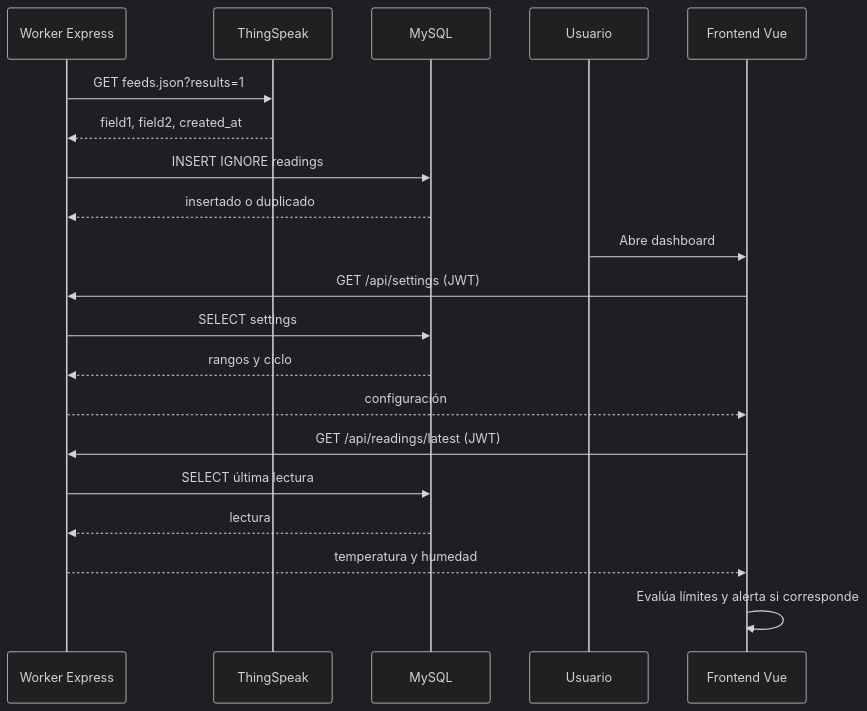
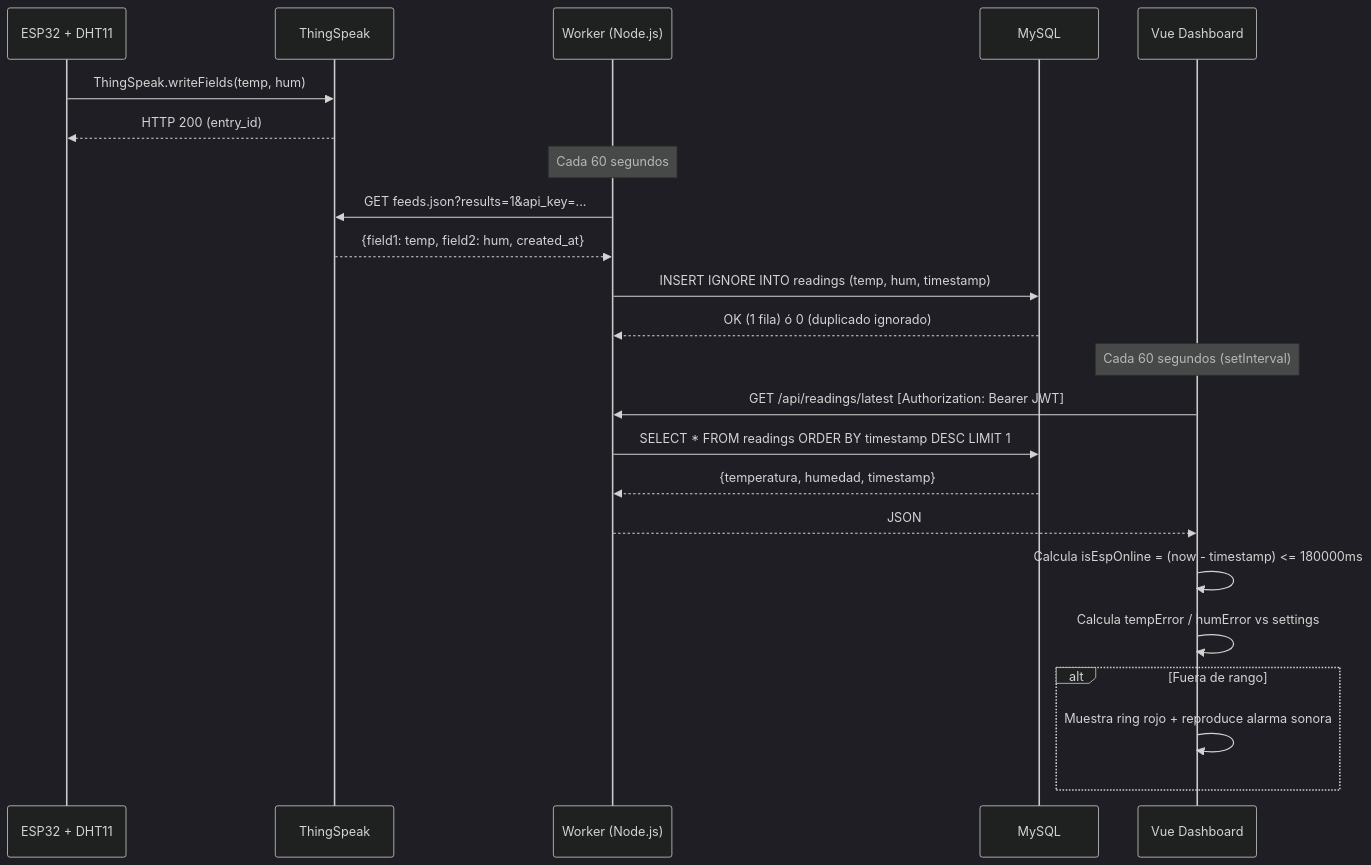
One commit to nazarenonicole15-netizen/ENCUBADORA-DE-HUEVO-ARDUINO changed the third of 5 diagrams in docs/UML.md. Above: the diagram before and after it, drawn with Mermaid (dark theme). The commit also changed other lines of this file and 5 other files, not shown here.

````diff
--- a/docs/UML.md
+++ b/docs/UML.md
@@ -72,22 +124,28 @@
 ```mermaid
 sequenceDiagram
-  participant W as Worker Express
-  participant T as ThingSpeak
-  participant D as MySQL
-  participant U as Usuario
-  participant F as Frontend Vue
-  W->>T: GET feeds.json?results=1
-  T-->>W: field1, field2, created_at
-  W->>D: INSERT IGNORE readings
-  D-->>W: insertado o duplicado
-  U->>F: Abre dashboard
-  F->>W: GET /api/settings (JWT)
-  W->>D: SELECT settings
-  D-->>W: rangos y ciclo
-  W-->>F: configuración
-  F->>W: GET /api/readings/latest (JWT)
-  W->>D: SELECT última lectura
-  D-->>W: lectura
-  W-->>F: temperatura y humedad
-  F->>F: Evalúa límites y alerta si corresponde
+  participant ESP as ESP32 + DHT11
+  participant TS as ThingSpeak
+  participant W as Worker (Node.js)
+  participant DB as MySQL
+  participant FE as Vue Dashboard
+
+  ESP->>TS: ThingSpeak.writeFields(temp, hum)
+  TS-->>ESP: HTTP 200 (entry_id)
+
+  Note over W: Cada 60 segundos
+  W->>TS: GET feeds.json?results=1&api_key=...
+  TS-->>W: {field1: temp, field2: hum, created_at}
+  W->>DB: INSERT IGNORE INTO readings (temp, hum, timestamp)
+  DB-->>W: OK (1 fila) ó 0 (duplicado ignorado)
+
+  Note over FE: Cada 60 segundos (setInterval)
+  FE->>W: GET /api/readings/latest  [Authorization: Bearer JWT]
+  W->>DB: SELECT * FROM readings ORDER BY timestamp DESC LIMIT 1
+  DB-->>W: {temperatura, humedad, timestamp}
+  W-->>FE: JSON
+  FE->>FE: Calcula isEspOnline = (now - timestamp) <= 180000ms
+  FE->>FE: Calcula tempError / humError vs settings
+  alt Fuera de rango
+    FE->>FE: Muestra ring rojo + reproduce alarma sonora
+  end
 ```
````
